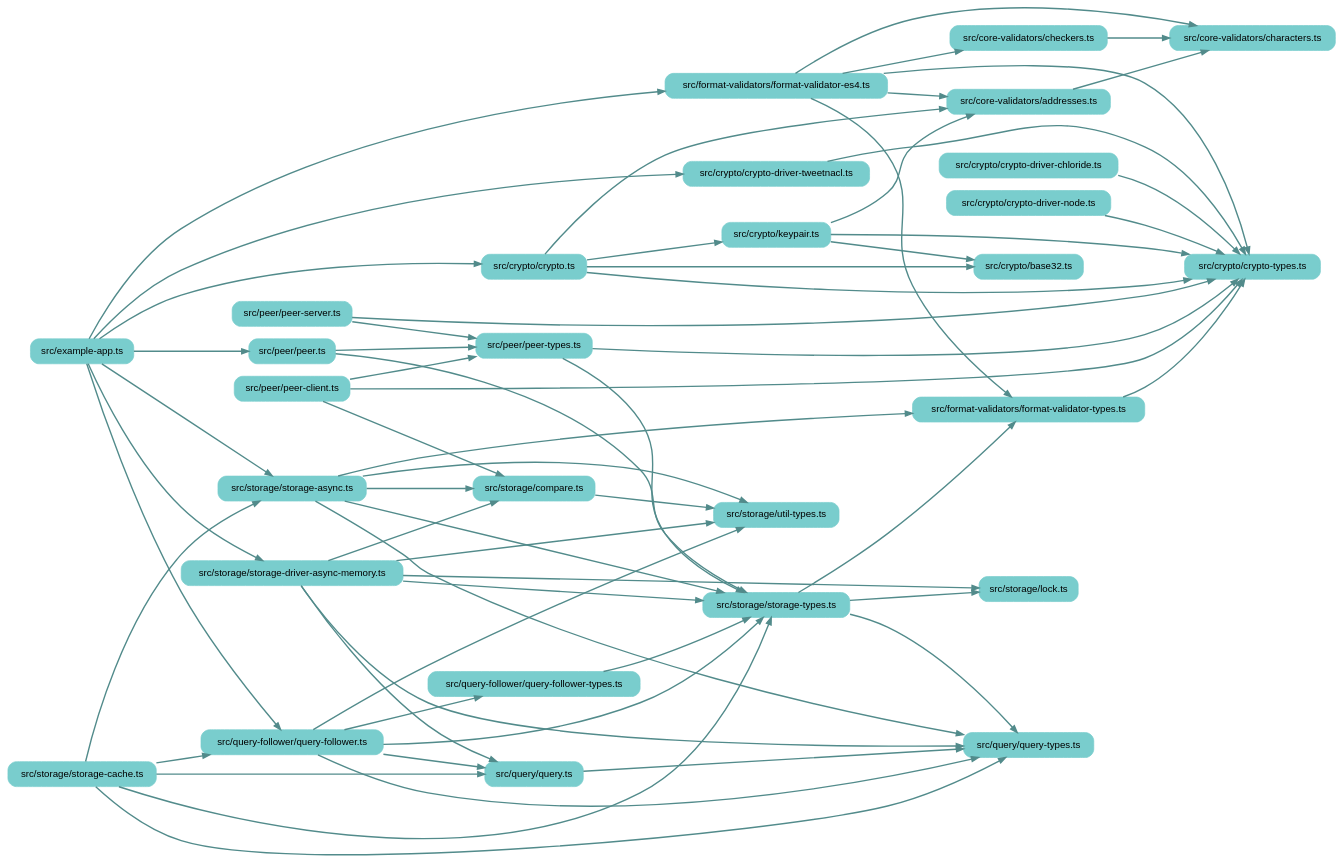
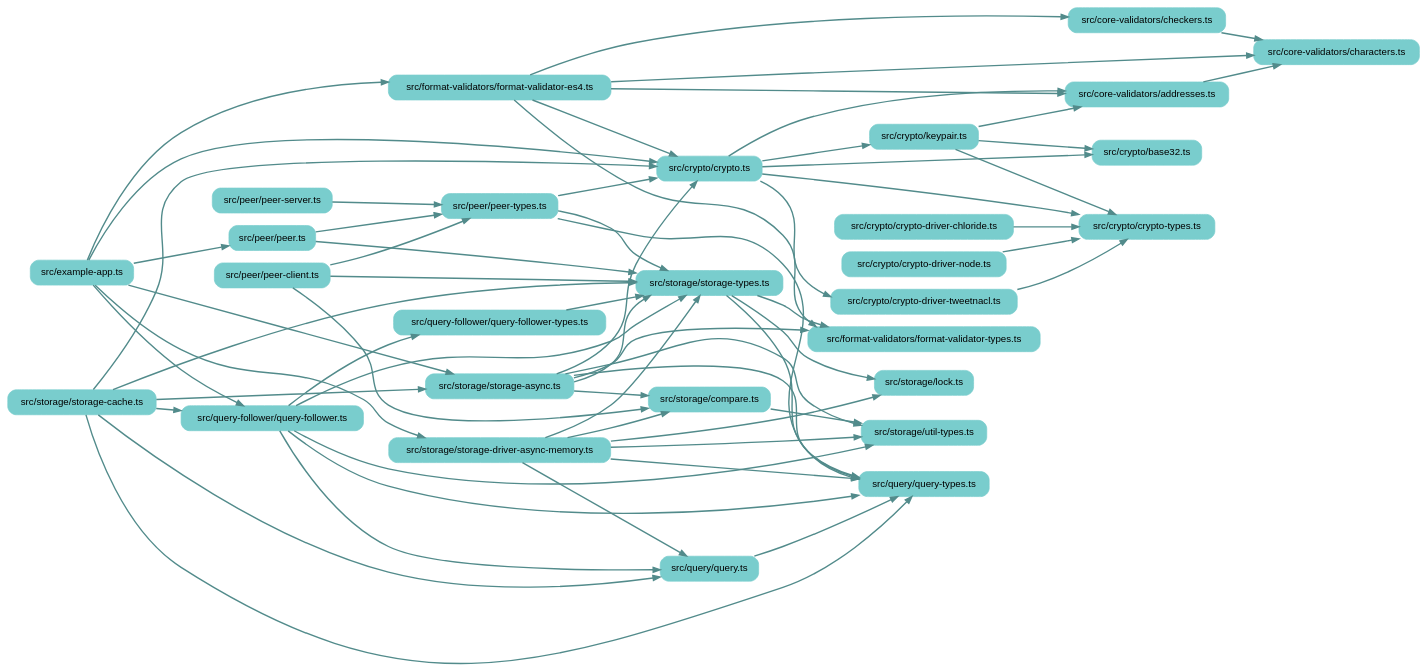
One commit to earthstar-project/earthstar changed the diagram in depchart/depchart-loose.dot. Above: the diagram before and after it, drawn with Graphviz. The commit also changed 11 other files, not shown here.

```diff
--- a/depchart/depchart-loose.dot
+++ b/depchart/depchart-loose.dot
@@ -1,106 +1,107 @@
 
 digraph G {
     //splines=line;
     //splines=polyline;
     splines=true;
     rankdir=LR;
     //newrank=true;
     compound=true;
     graph [fontname = "helvetica"];  // dpi=72
     node [fontname = "helvetica"];
     edge [fontname = "helvetica"];
     
     // files in their folder clusters
         "src/example-app.ts" [label="src/example-app.ts", shape=rectangle; style="rounded,filled"; color=darkslategray3];
         "src/core-validators/addresses.ts" [label="src/core-validators/addresses.ts", shape=rectangle; style="rounded,filled"; color=darkslategray3];
             "src/core-validators/characters.ts" [label="src/core-validators/characters.ts", shape=rectangle; style="rounded,filled"; color=darkslategray3];
             "src/core-validators/checkers.ts" [label="src/core-validators/checkers.ts", shape=rectangle; style="rounded,filled"; color=darkslategray3];
         "src/crypto/base32.ts" [label="src/crypto/base32.ts", shape=rectangle; style="rounded,filled"; color=darkslategray3];
             "src/crypto/crypto-driver-chloride.ts" [label="src/crypto/crypto-driver-chloride.ts", shape=rectangle; style="rounded,filled"; color=darkslategray3];
             "src/crypto/crypto-driver-node.ts" [label="src/crypto/crypto-driver-node.ts", shape=rectangle; style="rounded,filled"; color=darkslategray3];
             "src/crypto/crypto-driver-tweetnacl.ts" [label="src/crypto/crypto-driver-tweetnacl.ts", shape=rectangle; style="rounded,filled"; color=darkslategray3];
             "src/crypto/crypto-types.ts" [label="src/crypto/crypto-types.ts", shape=rectangle; style="rounded,filled"; color=darkslategray3];
             "src/crypto/crypto.ts" [label="src/crypto/crypto.ts", shape=rectangle; style="rounded,filled"; color=darkslategray3];
             "src/crypto/keypair.ts" [label="src/crypto/keypair.ts", shape=rectangle; style="rounded,filled"; color=darkslategray3];
         "src/format-validators/format-validator-es4.ts" [label="src/format-validators/format-validator-es4.ts", shape=rectangle; style="rounded,filled"; color=darkslategray3];
             "src/format-validators/format-validator-types.ts" [label="src/format-validators/format-validator-types.ts", shape=rectangle; style="rounded,filled"; color=darkslategray3];
         "src/peer/peer-client.ts" [label="src/peer/peer-client.ts", shape=rectangle; style="rounded,filled"; color=darkslategray3];
             "src/peer/peer-server.ts" [label="src/peer/peer-server.ts", shape=rectangle; style="rounded,filled"; color=darkslategray3];
             "src/peer/peer-types.ts" [label="src/peer/peer-types.ts", shape=rectangle; style="rounded,filled"; color=darkslategray3];
             "src/peer/peer.ts" [label="src/peer/peer.ts", shape=rectangle; style="rounded,filled"; color=darkslategray3];
         "src/query-follower/query-follower-types.ts" [label="src/query-follower/query-follower-types.ts", shape=rectangle; style="rounded,filled"; color=darkslategray3];
             "src/query-follower/query-follower.ts" [label="src/query-follower/query-follower.ts", shape=rectangle; style="rounded,filled"; color=darkslategray3];
         "src/query/query-types.ts" [label="src/query/query-types.ts", shape=rectangle; style="rounded,filled"; color=darkslategray3];
             "src/query/query.ts" [label="src/query/query.ts", shape=rectangle; style="rounded,filled"; color=darkslategray3];
         "src/storage/compare.ts" [label="src/storage/compare.ts", shape=rectangle; style="rounded,filled"; color=darkslategray3];
             "src/storage/lock.ts" [label="src/storage/lock.ts", shape=rectangle; style="rounded,filled"; color=darkslategray3];
             "src/storage/storage-async.ts" [label="src/storage/storage-async.ts", shape=rectangle; style="rounded,filled"; color=darkslategray3];
             "src/storage/storage-cache.ts" [label="src/storage/storage-cache.ts", shape=rectangle; style="rounded,filled"; color=darkslategray3];
             "src/storage/storage-driver-async-memory.ts" [label="src/storage/storage-driver-async-memory.ts", shape=rectangle; style="rounded,filled"; color=darkslategray3];
             "src/storage/storage-types.ts" [label="src/storage/storage-types.ts", shape=rectangle; style="rounded,filled"; color=darkslategray3];
             "src/storage/util-types.ts" [label="src/storage/util-types.ts", shape=rectangle; style="rounded,filled"; color=darkslategray3];
 
     // edges between files
     "src/core-validators/addresses.ts" -> "src/core-validators/characters.ts" [penwidth=2; color=darkslategray4];
     "src/core-validators/checkers.ts" -> "src/core-validators/characters.ts" [penwidth=2; color=darkslategray4];
     "src/crypto/crypto-driver-chloride.ts" -> "src/crypto/crypto-types.ts" [penwidth=2; color=darkslategray4];
     "src/crypto/crypto-driver-node.ts" -> "src/crypto/crypto-types.ts" [penwidth=2; color=darkslategray4];
     "src/crypto/crypto-driver-tweetnacl.ts" -> "src/crypto/crypto-types.ts" [penwidth=2; color=darkslategray4];
     "src/crypto/crypto.ts" -> "src/crypto/crypto-types.ts" [penwidth=2; color=darkslategray4];
     "src/crypto/crypto.ts" -> "src/crypto/base32.ts" [penwidth=2; color=darkslategray4];
     "src/crypto/crypto.ts" -> "src/crypto/keypair.ts" [penwidth=2; color=darkslategray4];
     "src/crypto/crypto.ts" -> "src/core-validators/addresses.ts" [penwidth=2; color=darkslategray4];
+    "src/crypto/crypto.ts" -> "src/crypto/crypto-driver-tweetnacl.ts" [penwidth=2; color=darkslategray4];
     "src/crypto/keypair.ts" -> "src/crypto/base32.ts" [penwidth=2; color=darkslategray4];
     "src/crypto/keypair.ts" -> "src/crypto/crypto-types.ts" [penwidth=2; color=darkslategray4];
     "src/crypto/keypair.ts" -> "src/core-validators/addresses.ts" [penwidth=2; color=darkslategray4];
     "src/example-app.ts" -> "src/format-validators/format-validator-es4.ts" [penwidth=2; color=darkslategray4];
     "src/example-app.ts" -> "src/storage/storage-driver-async-memory.ts" [penwidth=2; color=darkslategray4];
     "src/example-app.ts" -> "src/storage/storage-async.ts" [penwidth=2; color=darkslategray4];
     "src/example-app.ts" -> "src/crypto/crypto.ts" [penwidth=2; color=darkslategray4];
-    "src/example-app.ts" -> "src/crypto/crypto-driver-tweetnacl.ts" [penwidth=2; color=darkslategray4];
     "src/example-app.ts" -> "src/query-follower/query-follower.ts" [penwidth=2; color=darkslategray4];
     "src/example-app.ts" -> "src/peer/peer.ts" [penwidth=2; color=darkslategray4];
     "src/format-validators/format-validator-es4.ts" -> "src/format-validators/format-validator-types.ts" [penwidth=2; color=darkslategray4];
-    "src/format-validators/format-validator-es4.ts" -> "src/crypto/crypto-types.ts" [penwidth=2; color=darkslategray4];
+    "src/format-validators/format-validator-es4.ts" -> "src/crypto/crypto.ts" [penwidth=2; color=darkslategray4];
     "src/format-validators/format-validator-es4.ts" -> "src/core-validators/characters.ts" [penwidth=2; color=darkslategray4];
     "src/format-validators/format-validator-es4.ts" -> "src/core-validators/checkers.ts" [penwidth=2; color=darkslategray4];
     "src/format-validators/format-validator-es4.ts" -> "src/core-validators/addresses.ts" [penwidth=2; color=darkslategray4];
-    "src/format-validators/format-validator-types.ts" -> "src/crypto/crypto-types.ts" [penwidth=2; color=darkslategray4];
-    "src/peer/peer-client.ts" -> "src/crypto/crypto-types.ts" [penwidth=2; color=darkslategray4];
+    "src/peer/peer-client.ts" -> "src/storage/storage-types.ts" [penwidth=2; color=darkslategray4];
     "src/peer/peer-client.ts" -> "src/peer/peer-types.ts" [penwidth=2; color=darkslategray4];
     "src/peer/peer-client.ts" -> "src/storage/compare.ts" [penwidth=2; color=darkslategray4];
-    "src/peer/peer-server.ts" -> "src/crypto/crypto-types.ts" [penwidth=2; color=darkslategray4];
     "src/peer/peer-server.ts" -> "src/peer/peer-types.ts" [penwidth=2; color=darkslategray4];
     "src/peer/peer-types.ts" -> "src/storage/storage-types.ts" [penwidth=2; color=darkslategray4];
-    "src/peer/peer-types.ts" -> "src/crypto/crypto-types.ts" [penwidth=2; color=darkslategray4];
+    "src/peer/peer-types.ts" -> "src/query/query-types.ts" [penwidth=2; color=darkslategray4];
+    "src/peer/peer-types.ts" -> "src/crypto/crypto.ts" [penwidth=2; color=darkslategray4];
     "src/peer/peer.ts" -> "src/storage/storage-types.ts" [penwidth=2; color=darkslategray4];
     "src/peer/peer.ts" -> "src/peer/peer-types.ts" [penwidth=2; color=darkslategray4];
     "src/query-follower/query-follower-types.ts" -> "src/storage/storage-types.ts" [penwidth=2; color=darkslategray4];
     "src/query-follower/query-follower.ts" -> "src/storage/util-types.ts" [penwidth=2; color=darkslategray4];
     "src/query-follower/query-follower.ts" -> "src/query/query-types.ts" [penwidth=2; color=darkslategray4];
     "src/query-follower/query-follower.ts" -> "src/storage/storage-types.ts" [penwidth=2; color=darkslategray4];
     "src/query-follower/query-follower.ts" -> "src/query/query.ts" [penwidth=2; color=darkslategray4];
     "src/query-follower/query-follower.ts" -> "src/query-follower/query-follower-types.ts" [penwidth=2; color=darkslategray4];
     "src/query/query.ts" -> "src/query/query-types.ts" [penwidth=2; color=darkslategray4];
     "src/storage/compare.ts" -> "src/storage/util-types.ts" [penwidth=2; color=darkslategray4];
     "src/storage/storage-async.ts" -> "src/storage/util-types.ts" [penwidth=2; color=darkslategray4];
     "src/storage/storage-async.ts" -> "src/query/query-types.ts" [penwidth=2; color=darkslategray4];
     "src/storage/storage-async.ts" -> "src/storage/storage-types.ts" [penwidth=2; color=darkslategray4];
     "src/storage/storage-async.ts" -> "src/format-validators/format-validator-types.ts" [penwidth=2; color=darkslategray4];
     "src/storage/storage-async.ts" -> "src/storage/compare.ts" [penwidth=2; color=darkslategray4];
+    "src/storage/storage-async.ts" -> "src/crypto/crypto.ts" [penwidth=2; color=darkslategray4];
     "src/storage/storage-cache.ts" -> "src/query/query.ts" [penwidth=2; color=darkslategray4];
     "src/storage/storage-cache.ts" -> "src/query-follower/query-follower.ts" [penwidth=2; color=darkslategray4];
     "src/storage/storage-cache.ts" -> "src/query/query-types.ts" [penwidth=2; color=darkslategray4];
     "src/storage/storage-cache.ts" -> "src/storage/storage-async.ts" [penwidth=2; color=darkslategray4];
     "src/storage/storage-cache.ts" -> "src/storage/storage-types.ts" [penwidth=2; color=darkslategray4];
+    "src/storage/storage-cache.ts" -> "src/crypto/crypto.ts" [penwidth=2; color=darkslategray4];
     "src/storage/storage-driver-async-memory.ts" -> "src/storage/util-types.ts" [penwidth=2; color=darkslategray4];
     "src/storage/storage-driver-async-memory.ts" -> "src/query/query-types.ts" [penwidth=2; color=darkslategray4];
     "src/storage/storage-driver-async-memory.ts" -> "src/storage/storage-types.ts" [penwidth=2; color=darkslategray4];
     "src/storage/storage-driver-async-memory.ts" -> "src/storage/compare.ts" [penwidth=2; color=darkslategray4];
     "src/storage/storage-driver-async-memory.ts" -> "src/query/query.ts" [penwidth=2; color=darkslategray4];
     "src/storage/storage-driver-async-memory.ts" -> "src/storage/lock.ts" [penwidth=2; color=darkslategray4];
     "src/storage/storage-types.ts" -> "src/query/query-types.ts" [penwidth=2; color=darkslategray4];
     "src/storage/storage-types.ts" -> "src/format-validators/format-validator-types.ts" [penwidth=2; color=darkslategray4];
     "src/storage/storage-types.ts" -> "src/storage/lock.ts" [penwidth=2; color=darkslategray4];
 
 }
```
